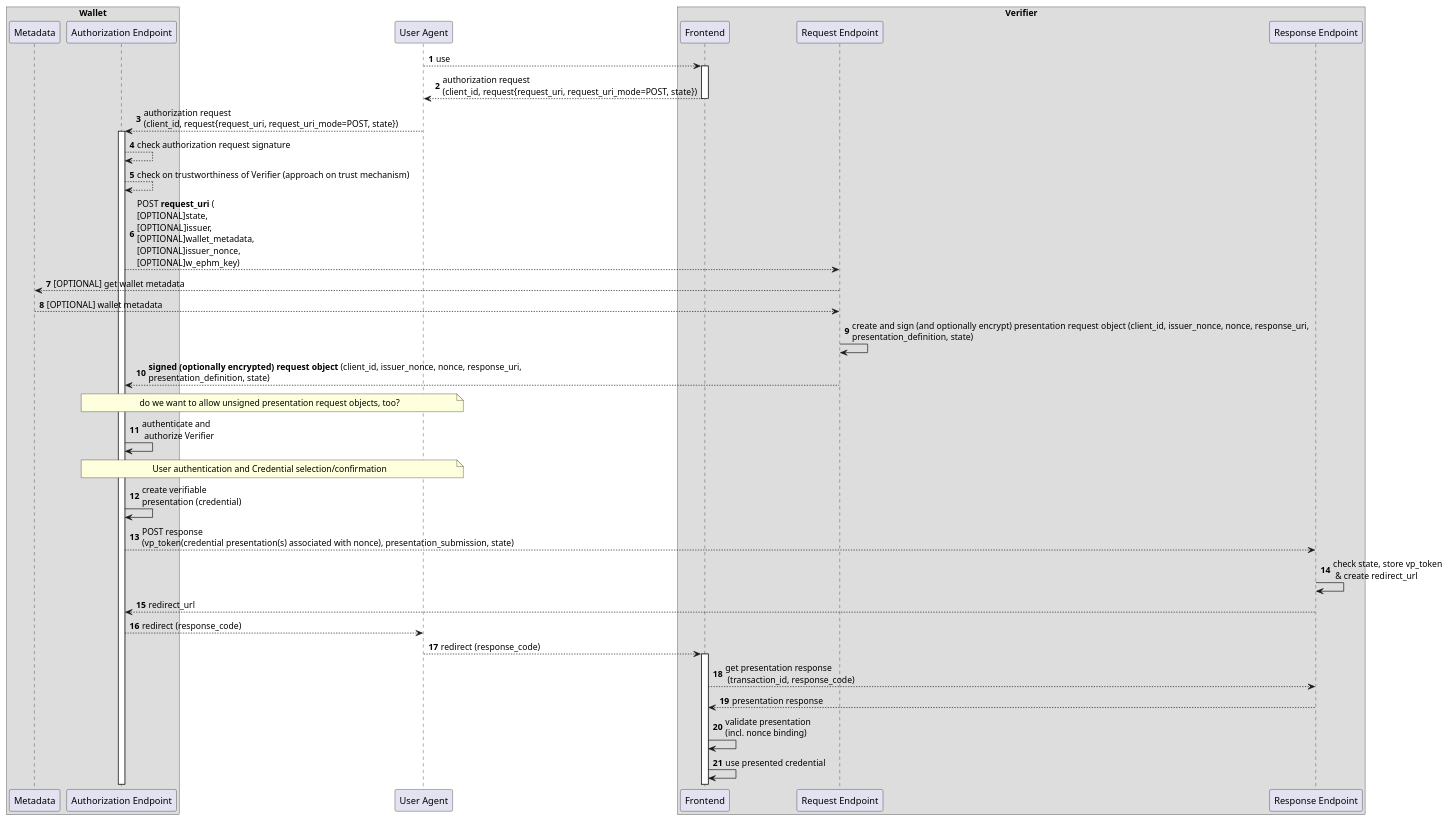
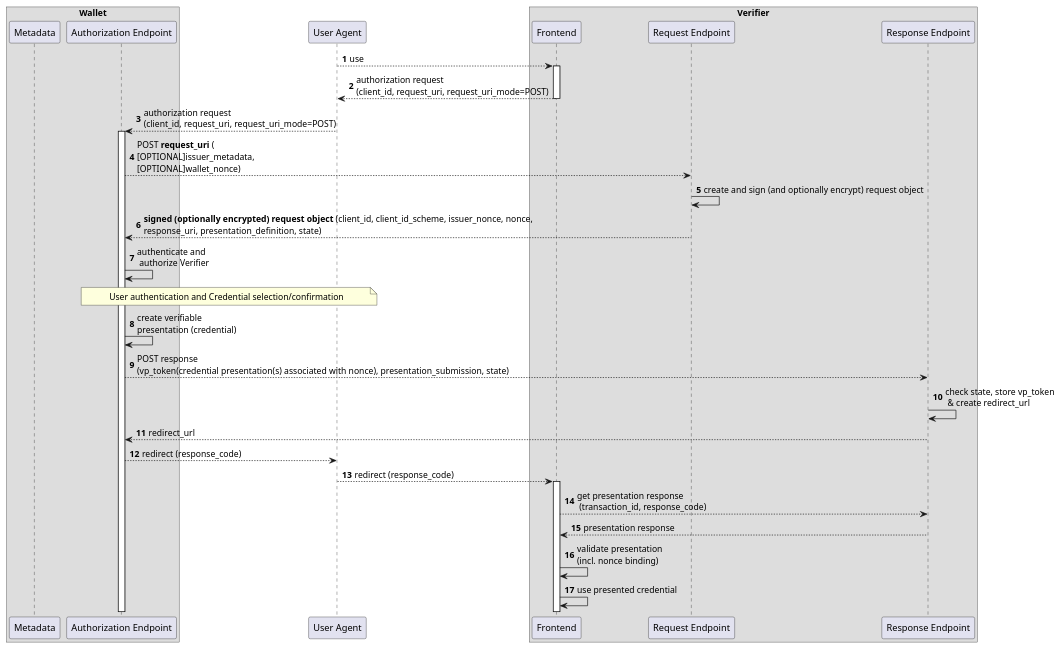
Before and after one commit to openid/OpenID4VP: the diagram in diagrams/request_uri_mode_post.md, drawn with PlantUML. The commit also changed 1 other file, not shown here.

Commit message:
reworked the PR to reflect recent WG discussions

````diff
--- a/diagrams/request_uri_mode_post.md
+++ b/diagrams/request_uri_mode_post.md
@@ -1,50 +1,45 @@
 ```plantuml
 @startuml
 
 autonumber
 
 box "Wallet"
 participant "Metadata" as wm
 participant "Authorization Endpoint" as w
 end box
 
 participant "User Agent" as u
 
 box "Verifier"
 participant "Frontend" as r
 participant "Request Endpoint" as rp
 participant "Response Endpoint" as rb
 end box
 
 u --> r : use
 activate r
 
-r --> u: authorization request\n(client_id, request{request_uri, request_uri_mode=POST, state})
+r --> u: authorization request\n(client_id, request_uri, request_uri_mode=POST)
 deactivate r
-u --> w: authorization request\n(client_id, request{request_uri, request_uri_mode=POST, state})
+u --> w: authorization request\n(client_id, request_uri, request_uri_mode=POST)
 activate w
-w --> w: check authorization request signature
-w --> w: check on trustworthiness of Verifier (approach on trust mechanism)
-w --> rp: POST **request_uri** (\n[OPTIONAL]state,\n[OPTIONAL]issuer, \n[OPTIONAL]wallet_metadata, \n[OPTIONAL]issuer_nonce, \n[OPTIONAL]w_ephm_key)
-rp --> wm: [OPTIONAL] get wallet metadata
-wm --> rp: [OPTIONAL] wallet metadata
-rp -> rp: create and sign (and optionally encrypt) presentation request object (client_id, issuer_nonce, nonce, response_uri, \npresentation_definition, state)
-rp --> w: **signed (optionally encrypted) request object** (client_id, issuer_nonce, nonce, response_uri, \npresentation_definition, state)
-note over u, w: do we want to allow unsigned presentation request objects, too?
+w --> rp: POST **request_uri** (\n[OPTIONAL]issuer_metadata, \n[OPTIONAL]wallet_nonce)
+rp -> rp: create and sign (and optionally encrypt) request object 
+rp --> w: **signed (optionally encrypted) request object** (client_id, client_id_scheme, issuer_nonce, nonce, \nresponse_uri, presentation_definition, state)
 w -> w: authenticate and\n authorize Verifier
 
 note over u, w: User authentication and Credential selection/confirmation
 
 w -> w: create verifiable\npresentation (credential)
 w --> rb: POST response \n(vp_token(credential presentation(s) associated with nonce), presentation_submission, state)
 rb -> rb: check state, store vp_token\n & create redirect_url
 rb --> w: redirect_url
 w --> u: redirect (response_code)
 u --> r: redirect (response_code)
 activate r
 r --> rb: get presentation response\n (transaction_id, response_code)
 rb --> r: presentation response
 r -> r: validate presentation \n(incl. nonce binding)
 r -> r: use presented credential 
 @enduml
 ```
````
